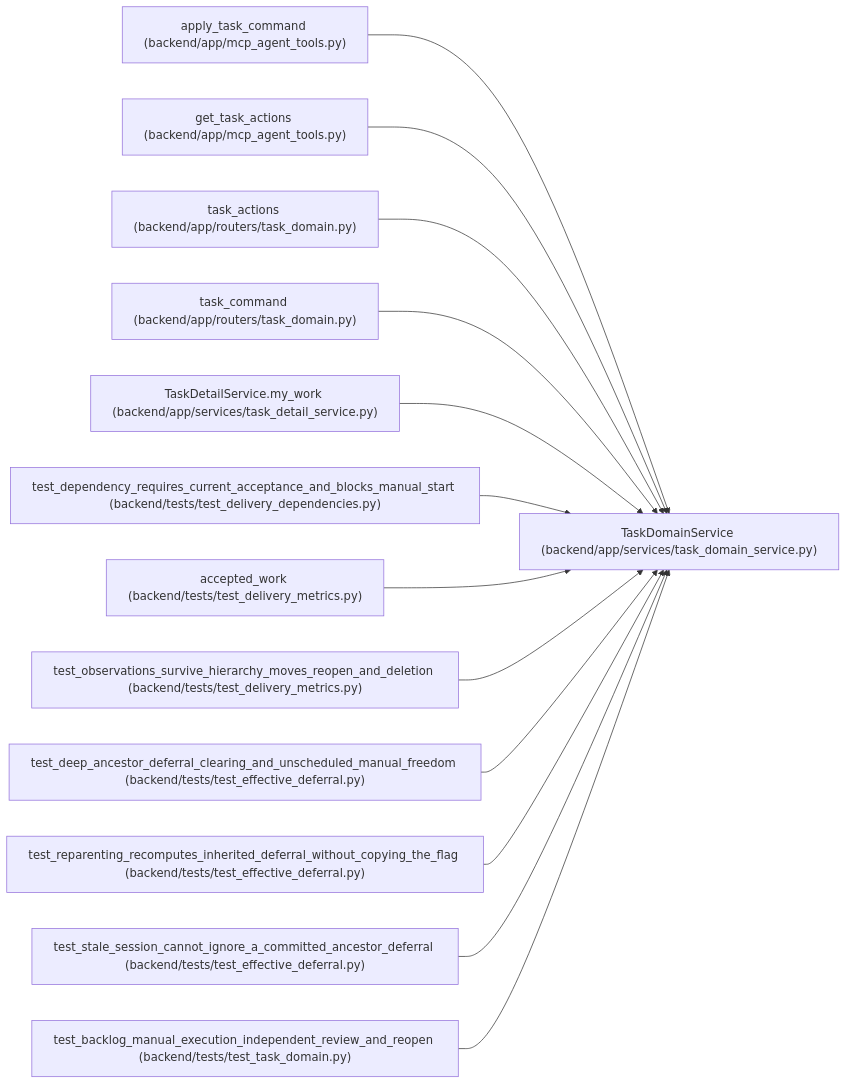
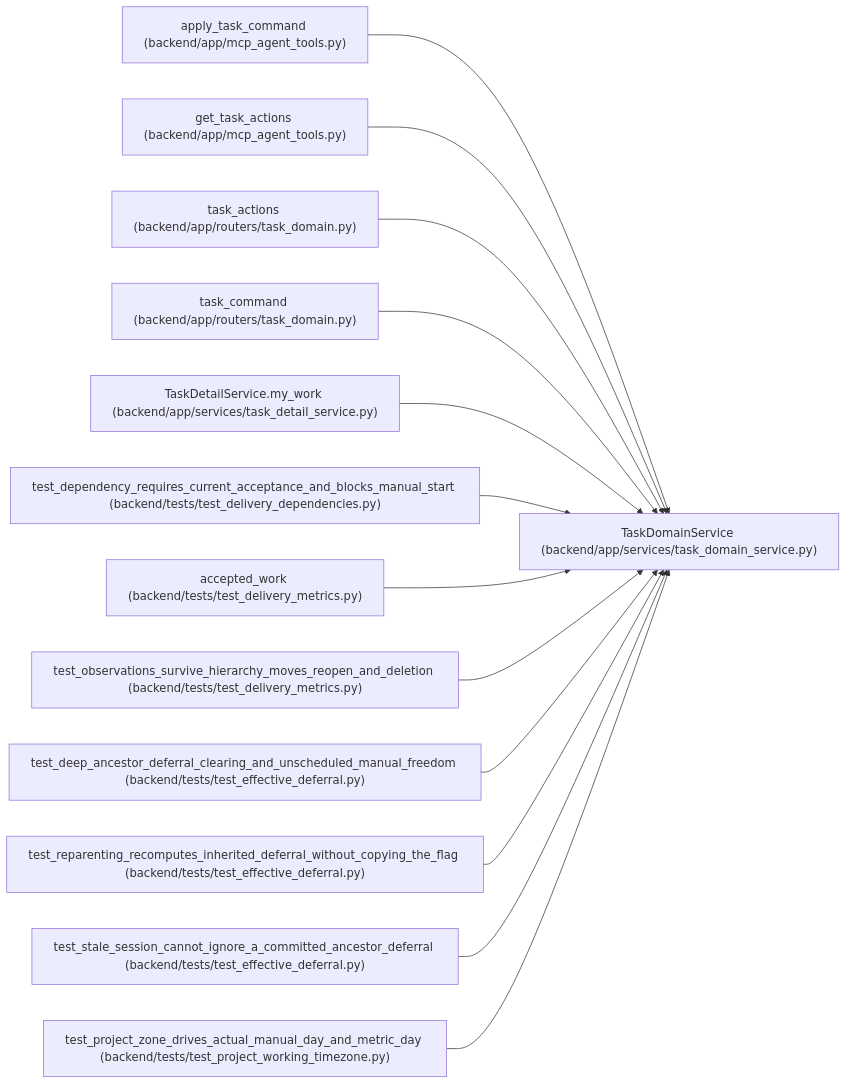
Before and after one commit to Denissvgn/WorkChord: the diagram in docs/llm_wiki/entities/TaskDomainService.md, drawn with Mermaid. The commit also changed other lines of this file and 271 other files, not shown here.

Commit message:
docs(wiki): document declared project working zones

````diff
--- a/docs/llm_wiki/entities/TaskDomainService.md
+++ b/docs/llm_wiki/entities/TaskDomainService.md
@@ -32,41 +32,41 @@
 ```mermaid
 flowchart LR
     n0["TaskDomainService (backend/app/services/task_domain_service.py)"]
     n1["apply_task_command (backend/app/mcp_agent_tools.py)"]
     n2["get_task_actions (backend/app/mcp_agent_tools.py)"]
     n3["task_actions (backend/app/routers/task_domain.py)"]
     n4["task_command (backend/app/routers/task_domain.py)"]
     n5["TaskDetailService.my_work (backend/app/services/task_detail_service.py)"]
     n6["test_dependency_requires_current_acceptance_and_blocks_manual_start (backend/tests/test_delivery_dependencies.py)"]
     n7["accepted_work (backend/tests/test_delivery_metrics.py)"]
     n8["test_observations_survive_hierarchy_moves_reopen_and_deletion (backend/tests/test_delivery_metrics.py)"]
     n9["test_deep_ancestor_deferral_clearing_and_unscheduled_manual_freedom (backend/tests/test_effective_deferral.py)"]
     n10["test_reparenting_recomputes_inherited_deferral_without_copying_the_flag (backend/tests/test_effective_deferral.py)"]
     n11["test_stale_session_cannot_ignore_a_committed_ancestor_deferral (backend/tests/test_effective_deferral.py)"]
-    n12["test_backlog_manual_execution_independent_review_and_reopen (backend/tests/test_task_domain.py)"]
+    n12["test_project_zone_drives_actual_manual_day_and_metric_day (backend/tests/test_project_working_timezone.py)"]
     n1 --> n0
     n2 --> n0
     n3 --> n0
     n4 --> n0
     n5 --> n0
     n6 --> n0
     n7 --> n0
     n8 --> n0
     n9 --> n0
     n10 --> n0
     n11 --> n0
     n12 --> n0
     click n0 "../modules/task_domain_service.md"
     click n1 "../modules/mcp_agent_tools.md"
     click n2 "../modules/mcp_agent_tools.md"
     click n3 "../modules/routers_task_domain.md"
     click n4 "../modules/routers_task_domain.md"
     click n5 "../modules/task_detail_service.md"
     click n6 "../modules/test_delivery_dependencies.md"
     click n7 "../modules/test_delivery_metrics.md"
     click n8 "../modules/test_delivery_metrics.md"
     click n9 "../modules/test_effective_deferral.md"
     click n10 "../modules/test_effective_deferral.md"
     click n11 "../modules/test_effective_deferral.md"
-    click n12 "../modules/test_task_domain.md"
+    click n12 "../modules/test_project_working_timezone.md"
 ```
````
